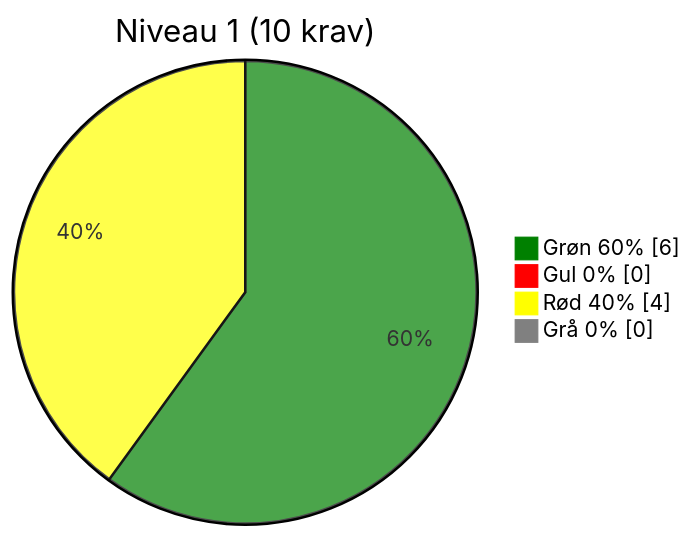
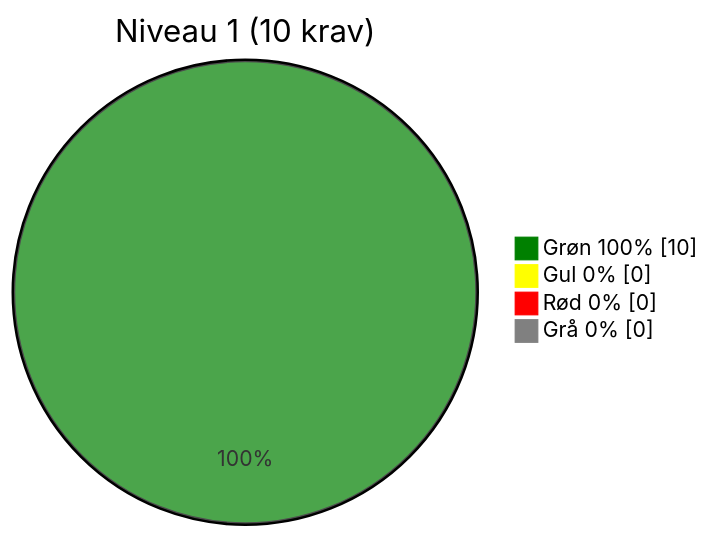
The second of 5 diagrams in docs/audits/os2-test_assessment.md (OS2offdig/os2-product-reviews), drawn with Mermaid before and after one commit. The commit also changed other lines of this file, not shown here.

````diff
--- a/docs/audits/os2-test_assessment.md
+++ b/docs/audits/os2-test_assessment.md
@@ -130,11 +124,11 @@
 ```mermaid
 %%{init: {"themeVariables": {
- "pie1": "#008000", "pie2": "#FF0000", "pie3": "#FFFF00", "pie4": "#808080"
+ "pie1": "#008000", "pie2": "#FFFF00", "pie3": "#FF0000", "pie4": "#808080"
 }}}%%
 pie showData
  title Niveau 1 (10 krav)
- "Grøn 60%" : 6
+ "Grøn 100%" : 10
  "Gul 0%" : 0
- "Rød 40%" : 4
+ "Rød 0%" : 0
  "Grå 0%" : 0
 ```
````
